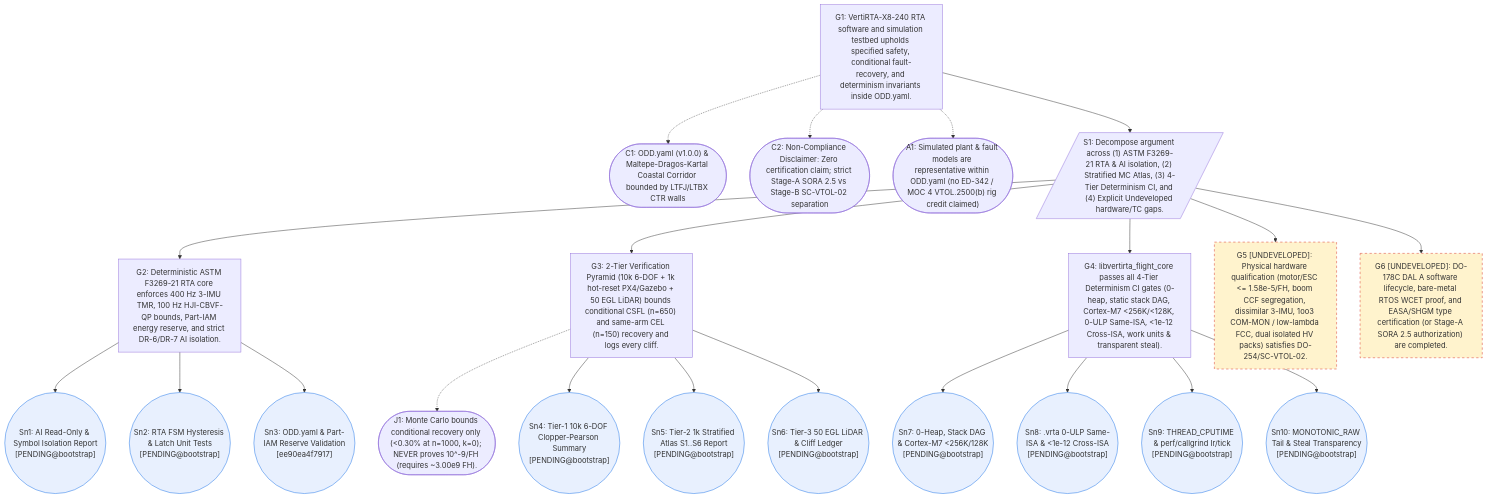
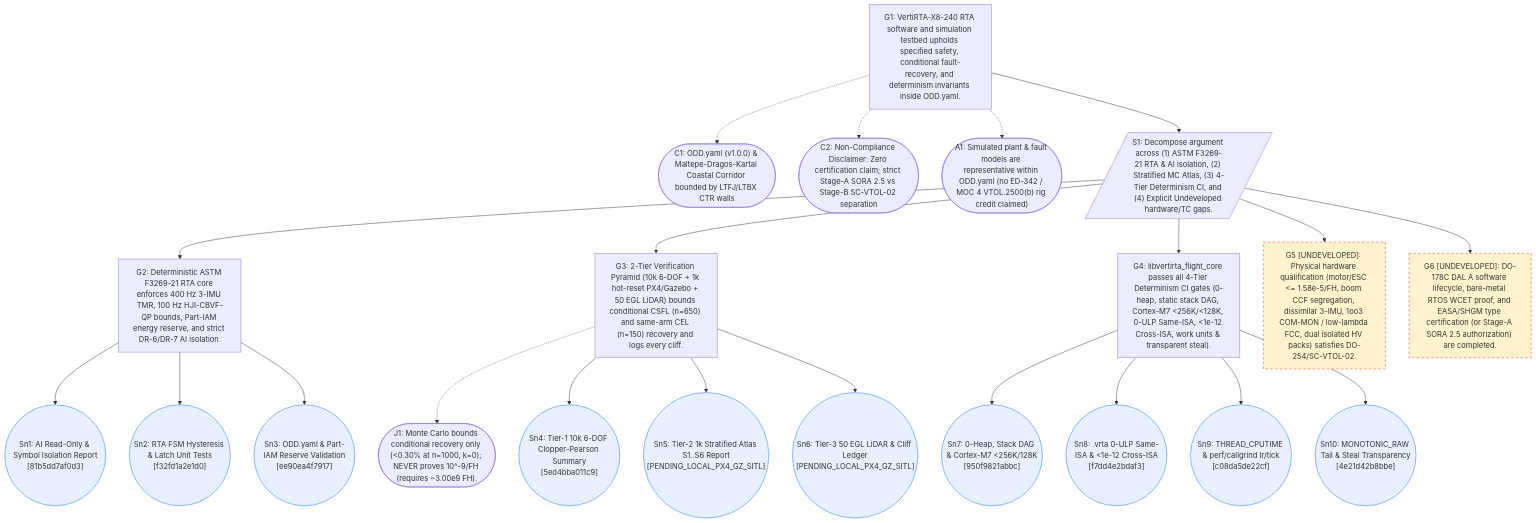
One commit to fahrifurkansagir/VertiRTA changed the diagram in docs/SAFETY_CASE.md. Above: the diagram before and after it, drawn with Mermaid. The commit also changed 23 other files, not shown here.

Commit message:
release(v1.0.0): add live 30k-sim Tier-1 Atlas, 100k-tick benchmarks, GSN SHA stamps, Apache-2.0 LICENSE, and README

````diff
--- a/docs/SAFETY_CASE.md
+++ b/docs/SAFETY_CASE.md
@@ -44,57 +44,57 @@
 ```mermaid
-%% VertiRTA SCSC-141C GSN v3 Living Safety Case | commit=bootstrap
+%% VertiRTA SCSC-141C GSN v3 Living Safety Case | commit=ef9be75
 flowchart TD
     G1["G1: VertiRTA-X8-240 RTA software and simulation testbed upholds specified safety, conditional fault-recovery, and determinism invariants inside ODD.yaml."]
     C1(["C1: ODD.yaml (v1.0.0) & Maltepe-Dragos-Kartal Coastal Corridor bounded by LTFJ/LTBX CTR walls"])
     C2(["C2: Non-Compliance Disclaimer: Zero certification claim; strict Stage-A SORA 2.5 vs Stage-B SC-VTOL-02 separation"])
     A1(["A1: Simulated plant & fault models are representative within ODD.yaml (no ED-342 / MOC 4 VTOL.2500(b) rig credit claimed)"])
     S1[/"S1: Decompose argument across (1) ASTM F3269-21 RTA & AI isolation, (2) Stratified MC Atlas, (3) 4-Tier Determinism CI, and (4) Explicit Undeveloped hardware/TC gaps."/]
     G2["G2: Deterministic ASTM F3269-21 RTA core enforces 400 Hz 3-IMU TMR, 100 Hz HJI-CBVF-QP bounds, Part-IAM energy reserve, and strict DR-6/DR-7 AI isolation."]
     G3["G3: 2-Tier Verification Pyramid (10k 6-DOF + 1k hot-reset PX4/Gazebo + 50 EGL LiDAR) bounds conditional CSFL (n=650) and same-arm CEL (n=150) recovery and logs every cliff."]
     J1(["J1: Monte Carlo bounds conditional recovery only (<0.30% at n=1000, k=0); NEVER proves 10^-9/FH (requires ~3.00e9 FH)."])
     G4["G4: libvertirta_flight_core passes all 4-Tier Determinism CI gates (0-heap, static stack DAG, Cortex-M7 <256K/<128K, 0-ULP Same-ISA, <1e-12 Cross-ISA, work units & transparent steal)."]
     G5["G5 [UNDEVELOPED]: Physical hardware qualification (motor/ESC <= 1.58e-5/FH, boom CCF segregation, dissimilar 3-IMU, 1oo3 COM-MON / low-lambda FCC, dual isolated HV packs) satisfies DO-254/SC-VTOL-02."]
     G6["G6 [UNDEVELOPED]: DO-178C DAL A software lifecycle, bare-metal RTOS WCET proof, and EASA/SHGM type certification (or Stage-A SORA 2.5 authorization) are completed."]
-    Sn1(("Sn1: AI Read-Only & Symbol Isolation Report<br/>[PENDING@bootstrap]"))
-    Sn2(("Sn2: RTA FSM Hysteresis & Latch Unit Tests<br/>[PENDING@bootstrap]"))
+    Sn1(("Sn1: AI Read-Only & Symbol Isolation Report<br/>[81b5dd7af0d3]"))
+    Sn2(("Sn2: RTA FSM Hysteresis & Latch Unit Tests<br/>[f32fd1a2e1d0]"))
     Sn3(("Sn3: ODD.yaml & Part-IAM Reserve Validation<br/>[ee90ea4f7917]"))
-    Sn4(("Sn4: Tier-1 10k 6-DOF Clopper-Pearson Summary<br/>[PENDING@bootstrap]"))
-    Sn5(("Sn5: Tier-2 1k Stratified Atlas S1..S6 Report<br/>[PENDING@bootstrap]"))
-    Sn6(("Sn6: Tier-3 50 EGL LiDAR & Cliff Ledger<br/>[PENDING@bootstrap]"))
-    Sn7(("Sn7: 0-Heap, Stack DAG & Cortex-M7 <256K/128K<br/>[PENDING@bootstrap]"))
-    Sn8(("Sn8: .vrta 0-ULP Same-ISA & <1e-12 Cross-ISA<br/>[PENDING@bootstrap]"))
-    Sn9(("Sn9: THREAD_CPUTIME & perf/callgrind Ir/tick<br/>[PENDING@bootstrap]"))
-    Sn10(("Sn10: MONOTONIC_RAW Tail & Steal Transparency<br/>[PENDING@bootstrap]"))
+    Sn4(("Sn4: Tier-1 10k 6-DOF Clopper-Pearson Summary<br/>[5ed4bba011c9]"))
+    Sn5(("Sn5: Tier-2 1k Stratified Atlas S1..S6 Report<br/>[PENDING_LOCAL_PX4_GZ_SITL]"))
+    Sn6(("Sn6: Tier-3 50 EGL LiDAR & Cliff Ledger<br/>[PENDING_LOCAL_PX4_GZ_SITL]"))
+    Sn7(("Sn7: 0-Heap, Stack DAG & Cortex-M7 <256K/128K<br/>[950f9821abbc]"))
+    Sn8(("Sn8: .vrta 0-ULP Same-ISA & <1e-12 Cross-ISA<br/>[f7dd4e2bdaf3]"))
+    Sn9(("Sn9: THREAD_CPUTIME & perf/callgrind Ir/tick<br/>[c08da5de22cf]"))
+    Sn10(("Sn10: MONOTONIC_RAW Tail & Steal Transparency<br/>[4e21d42b8bbe]"))
     G1 -.-> C1
     G1 -.-> C2
     G1 -.-> A1
     G1 --> S1
     S1 --> G2
     S1 --> G3
     S1 --> G4
     S1 --> G5
     S1 --> G6
     G2 --> Sn1
     G2 --> Sn2
     G2 --> Sn3
     G3 -.-> J1
     G3 --> Sn4
     G3 --> Sn5
     G3 --> Sn6
     G4 --> Sn7
     G4 --> Sn8
     G4 --> Sn9
     G4 --> Sn10
     style G5 fill:#FFF3CD,stroke:#D93025,stroke-dasharray: 5 5
     style G6 fill:#FFF3CD,stroke:#D93025,stroke-dasharray: 5 5
     style Sn1 fill:#E8F0FE,stroke:#1A73E8
     style Sn2 fill:#E8F0FE,stroke:#1A73E8
     style Sn3 fill:#E8F0FE,stroke:#1A73E8
     style Sn4 fill:#E8F0FE,stroke:#1A73E8
     style Sn5 fill:#E8F0FE,stroke:#1A73E8
     style Sn6 fill:#E8F0FE,stroke:#1A73E8
     style Sn7 fill:#E8F0FE,stroke:#1A73E8
     style Sn8 fill:#E8F0FE,stroke:#1A73E8
     style Sn9 fill:#E8F0FE,stroke:#1A73E8
     style Sn10 fill:#E8F0FE,stroke:#1A73E8
 ```
````
